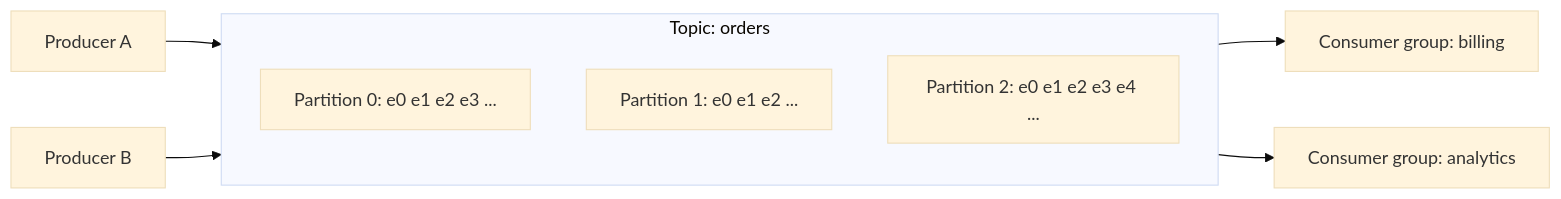
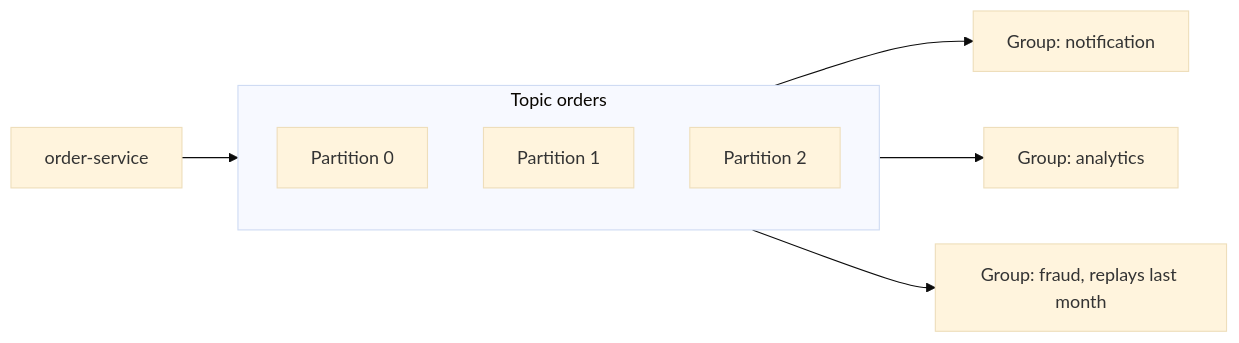
The second of 2 diagrams in notes/02-messaging/02-kafka/01-kafka-overview.md (jubin-techwiz/learning), drawn with Mermaid (base theme) before and after one commit. The commit also changed other lines of this file and 10 other files, not shown here.

First line of the commit message:
Add Kafka fundamentals notes and the learning-flow layout

````diff
--- a/notes/02-messaging/02-kafka/01-kafka-overview.md
+++ b/notes/02-messaging/02-kafka/01-kafka-overview.md
@@ -44,13 +39,13 @@
 ```mermaid
 flowchart LR
-    P1[Producer A] --> T
-    P2[Producer B] --> T
-    subgraph T[Topic: orders]
+    P[order-service] --> T
+    subgraph T[Topic orders]
         direction TB
-        a[Partition 0: e0 e1 e2 e3 ...]
-        b[Partition 1: e0 e1 e2 ...]
-        c[Partition 2: e0 e1 e2 e3 e4 ...]
+        a[Partition 0]
+        b[Partition 1]
+        c[Partition 2]
     end
-    T --> G1[Consumer group: billing]
-    T --> G2[Consumer group: analytics]
+    T --> G1[Group: notification]
+    T --> G2[Group: analytics]
+    T --> G3[Group: fraud, replays last month]
 ```
````
